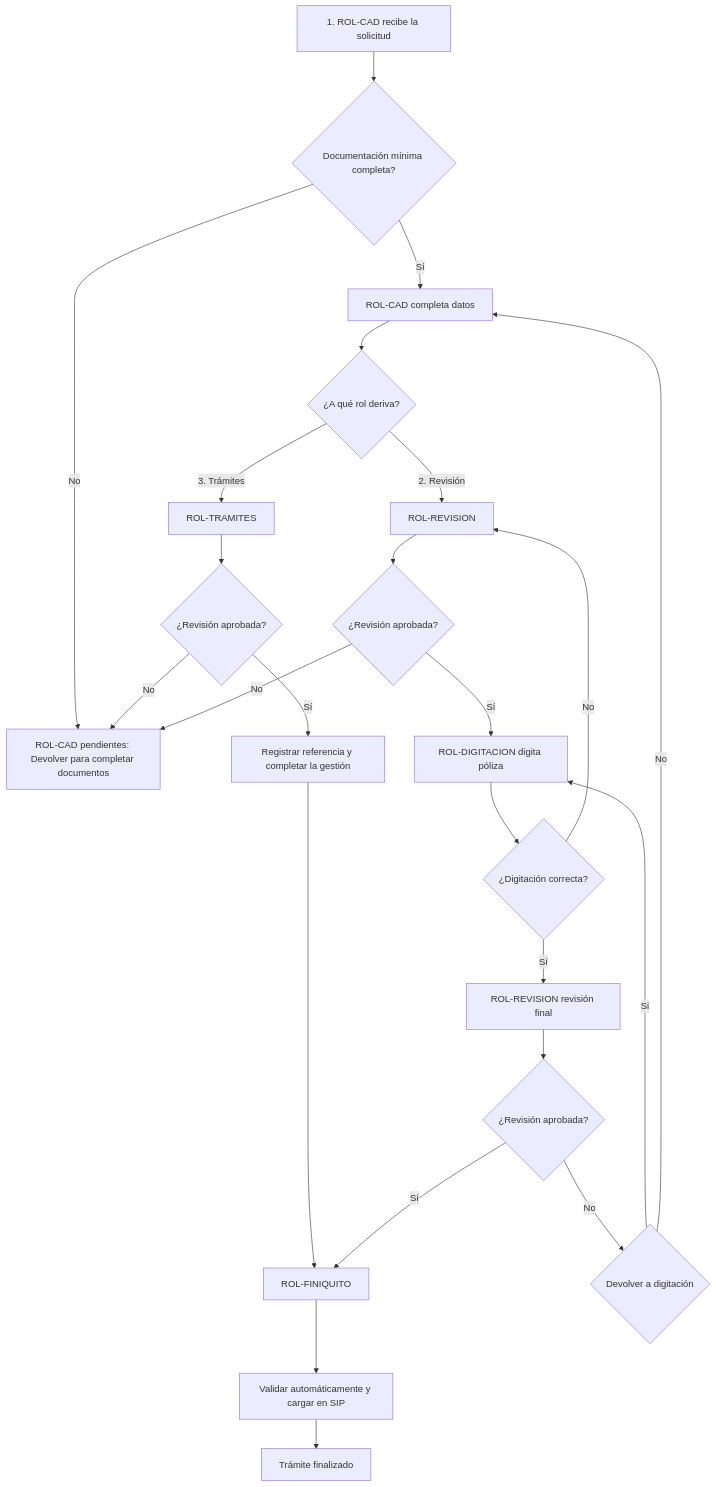
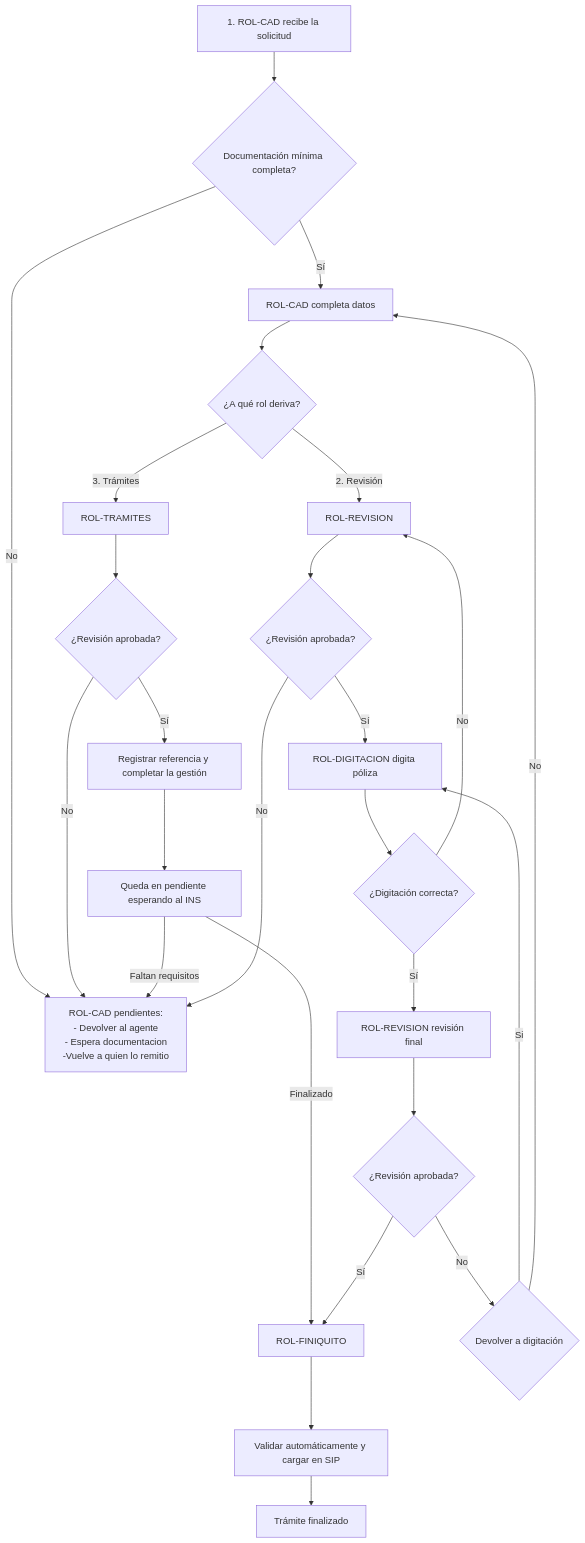
The diagram in docs/tramites/emision-hogar-comprensivo.md (LuisPignataro/Tramites-Docs), drawn with Mermaid before and after one commit. The commit also changed other lines of this file and 3 other files, not shown here.

````diff
--- a/docs/tramites/emision-hogar-comprensivo.md
+++ b/docs/tramites/emision-hogar-comprensivo.md
@@ -104,36 +107,42 @@
 ```mermaid
 flowchart TD
   A["1. ROL-CAD recibe la solicitud"] --> B{"Documentación mínima completa?"}
-  B -->|"No"| C["ROL-CAD pendientes: Devolver para completar documentos"]
+  B -->|"No"| C["ROL-CAD pendientes: 
+   - Devolver al agente
+   - Espera documentacion
+   -Vuelve a quien lo remitio
+  "]
   B -->|"Sí"| D["ROL-CAD completa datos"]
 
   D --> E{"¿A qué rol deriva?"}
   E -->|"2. Revisión"| F["ROL-REVISION"]
   E -->|"3. Trámites"| G["ROL-TRAMITES"]
 
   G --> M{"¿Revisión aprobada?"}
   M -->|"No"| C
   M -->|"Sí"| K1
 
   K1["Registrar referencia y completar la gestión"]
-  K1 --> I
+  K1 --> K2["Queda en pendiente esperando al INS"]
+  K2 -->|"Finalizado"| I["ROL-FINIQUITO"]
+  K2 -->|"Faltan requisitos"| C
 
   F --> J{"¿Revisión aprobada?"}
   J -->|"No"| C
   J -->|"Sí"| H["ROL-DIGITACION digita póliza"]
 
   H --> K{"¿Digitación correcta?"}
   K -->|"No"| F
   K -->|"Sí"| R["ROL-REVISION revisión final"]
   
   R --> S{"¿Revisión aprobada?"}
   S -->|"No"| P{"Devolver a digitación"}
   P --> |"Si"| H
   P -->|"No"| D
   S -->|"Sí"| I["ROL-FINIQUITO"]
 
   I --> N["Validar automáticamente y cargar en SIP"]
   N --> O["Trámite finalizado"]
 
 
 ```
````
